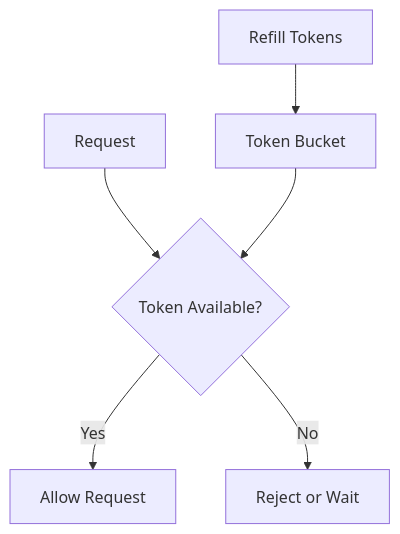
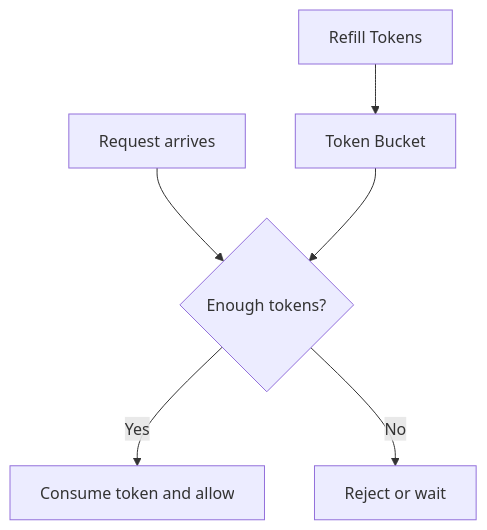
Before and after one commit to shivi11sep/scalable-system-design: the tenth of 12 diagrams in 01-fundamentals/ratelimiter.md, drawn with Mermaid. The commit also changed other lines of this file, not shown here.

````diff
--- a/01-fundamentals/ratelimiter.md
+++ b/01-fundamentals/ratelimiter.md
@@ -452,8 +523,8 @@
 ```mermaid
 flowchart TD
     R[Refill Tokens] --> B[Token Bucket]
-    Q[Request] --> C{Token Available?}
+    Q[Request arrives] --> C{Enough tokens?}
     B --> C
-    C -->|Yes| A[Allow Request]
-    C -->|No| D[Reject or Wait]
+    C -->|Yes| A[Consume token and allow]
+    C -->|No| D[Reject or wait]
 ```
````
